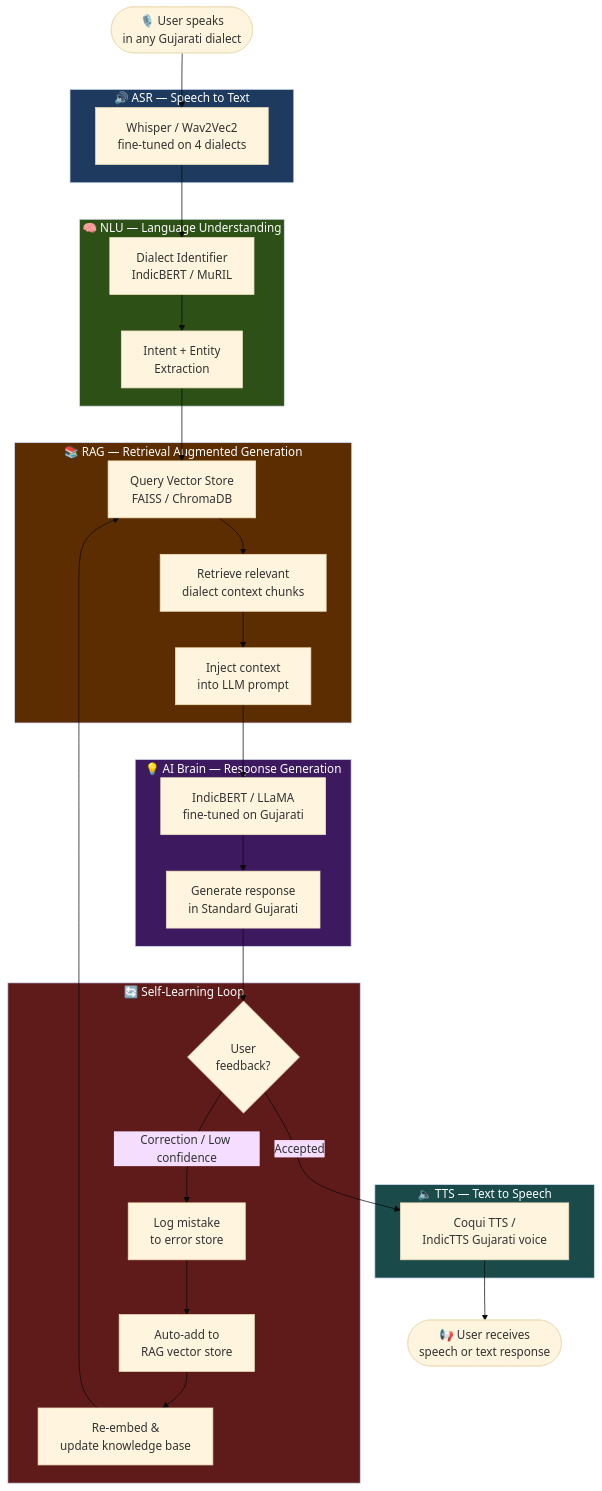
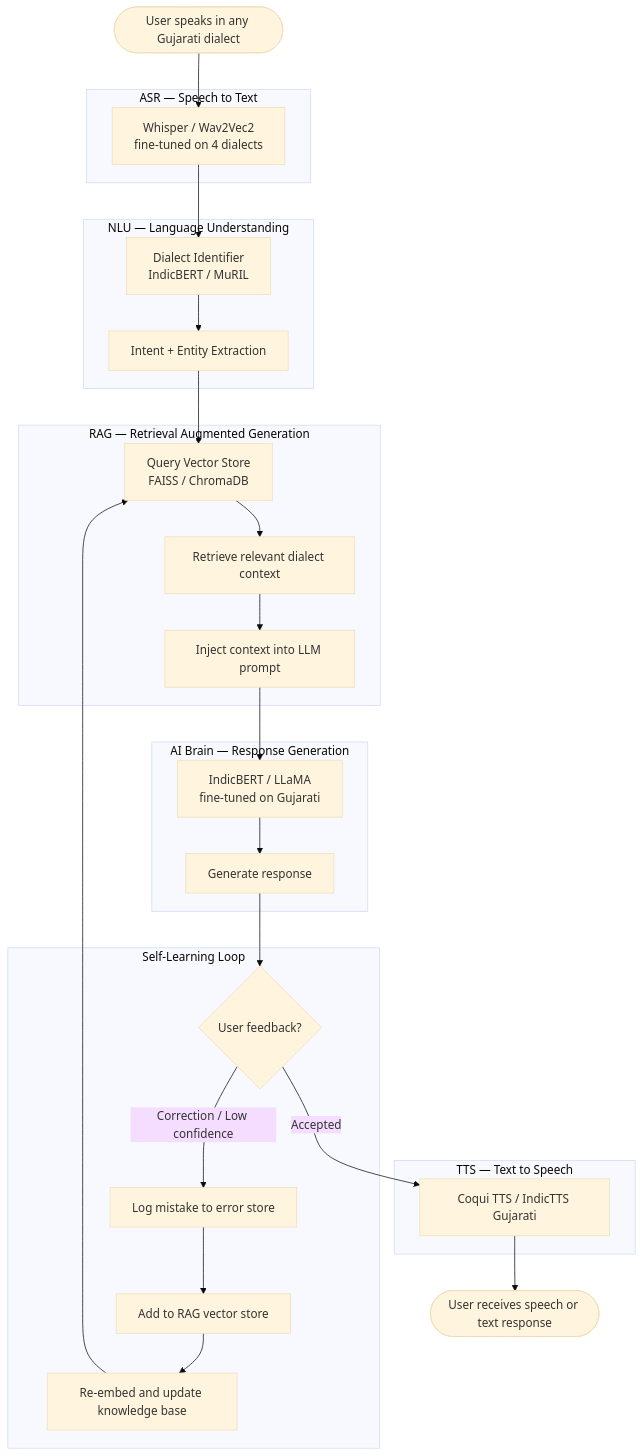
Before and after one commit to AlexXD121/Cross-Lingual-Project-gujarati-: the diagram in README.md, drawn with Mermaid (base theme). The commit also changed other lines of this file and 1 other file, not shown here.

````diff
--- a/README.md
+++ b/README.md
@@ -9,55 +9,48 @@
 ```mermaid
 flowchart TD
-    A([🎙️ User speaks\nin any Gujarati dialect]) --> B
+    A([User speaks in any Gujarati dialect]) --> B
 
-    subgraph ASR["🔊 ASR — Speech to Text"]
+    subgraph ASR["ASR — Speech to Text"]
         B[Whisper / Wav2Vec2\nfine-tuned on 4 dialects]
     end
 
     B --> C
 
-    subgraph NLU["🧠 NLU — Language Understanding"]
+    subgraph NLU["NLU — Language Understanding"]
         C[Dialect Identifier\nIndicBERT / MuRIL] --> D
-        D[Intent + Entity\nExtraction]
+        D[Intent + Entity Extraction]
     end
 
     D --> E
 
-    subgraph RAG["📚 RAG — Retrieval Augmented Generation"]
+    subgraph RAG["RAG — Retrieval Augmented Generation"]
         E[Query Vector Store\nFAISS / ChromaDB] --> F
-        F[Retrieve relevant\ndialect context chunks] --> G
-        G[Inject context\ninto LLM prompt]
+        F[Retrieve relevant dialect context] --> G
+        G[Inject context into LLM prompt]
     end
 
     G --> H
 
-    subgraph LLM["💡 AI Brain — Response Generation"]
+    subgraph LLM["AI Brain — Response Generation"]
         H[IndicBERT / LLaMA\nfine-tuned on Gujarati] --> I
-        I[Generate response\nin Standard Gujarati]
+        I[Generate response]
     end
 
     I --> J
 
-    subgraph FEEDBACK["🔄 Self-Learning Loop"]
-        J{User\nfeedback?}
-        J -- Correction / Low confidence --> K[Log mistake\nto error store]
-        K --> L[Auto-add to\nRAG vector store]
-        L --> M[Re-embed &\nupdate knowledge base]
+    subgraph FEEDBACK["Self-Learning Loop"]
+        J{User feedback?}
+        J -- Correction / Low confidence --> K[Log mistake to error store]
+        K --> L[Add to RAG vector store]
+        L --> M[Re-embed and update knowledge base]
         M --> E
     end
 
     J -- Accepted --> N
 
-    subgraph TTS["🔈 TTS — Text to Speech"]
-        N[Coqui TTS /\nIndicTTS Gujarati voice]
+    subgraph TTS["TTS — Text to Speech"]
+        N[Coqui TTS / IndicTTS Gujarati]
     end
 
-    N --> O([📢 User receives\nspeech or text response])
-
-    style ASR fill:#1e3a5f,color:#fff
-    style NLU fill:#2d5016,color:#fff
-    style RAG fill:#5c2d00,color:#fff
-    style LLM fill:#3d1a5f,color:#fff
-    style FEEDBACK fill:#5f1a1a,color:#fff
-    style TTS fill:#1a4a4a,color:#fff
+    N --> O([User receives speech or text response])
 ```
````
